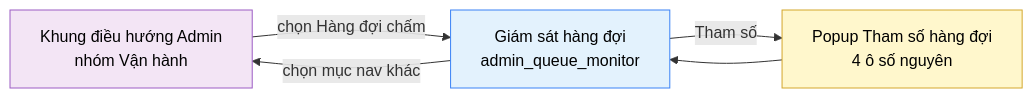
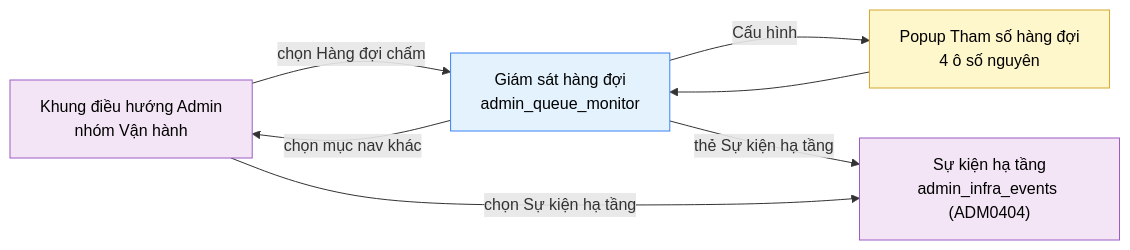
The diagram in 02-bd/screens/admin/ADM0401_queue_monitor.md (daiphu1801/PRJ_ALGOPREP), drawn with Mermaid before and after one commit. The commit also changed other lines of this file and 458 other files, not shown here.

First line of the commit message:
feat: admin AI limits and infra events, instructor class detail and submissions, docs sync

````diff
--- a/02-bd/screens/admin/ADM0401_queue_monitor.md
+++ b/02-bd/screens/admin/ADM0401_queue_monitor.md
@@ -125,15 +144,17 @@
 ```mermaid
 flowchart LR
     nav["Khung điều hướng Admin<br/>nhóm Vận hành"] -->|"chọn Hàng đợi chấm"| main["Giám sát hàng đợi<br/>admin_queue_monitor"]
     main -->|"chọn mục nav khác"| nav
-    main -->|"Tham số"| params["Popup Tham số hàng đợi<br/>4 ô số nguyên"]
+    main -->|"Cấu hình"| params["Popup Tham số hàng đợi<br/>4 ô số nguyên"]
     params --> main
+    main -->|"thẻ Sự kiện hạ tầng"| infra["Sự kiện hạ tầng<br/>admin_infra_events (ADM0404)"]
+    nav -->|"chọn Sự kiện hạ tầng"| infra
 
     classDef source fill:#F3E5F5,stroke:#9C5CC4,color:#000
     classDef screen fill:#E3F2FD,stroke:#3B82F6,color:#000
     classDef popup fill:#FFF7CC,stroke:#D4A72C,color:#000
 
-    class nav source
+    class nav,infra source
     class main screen
     class params popup
 ```
````
